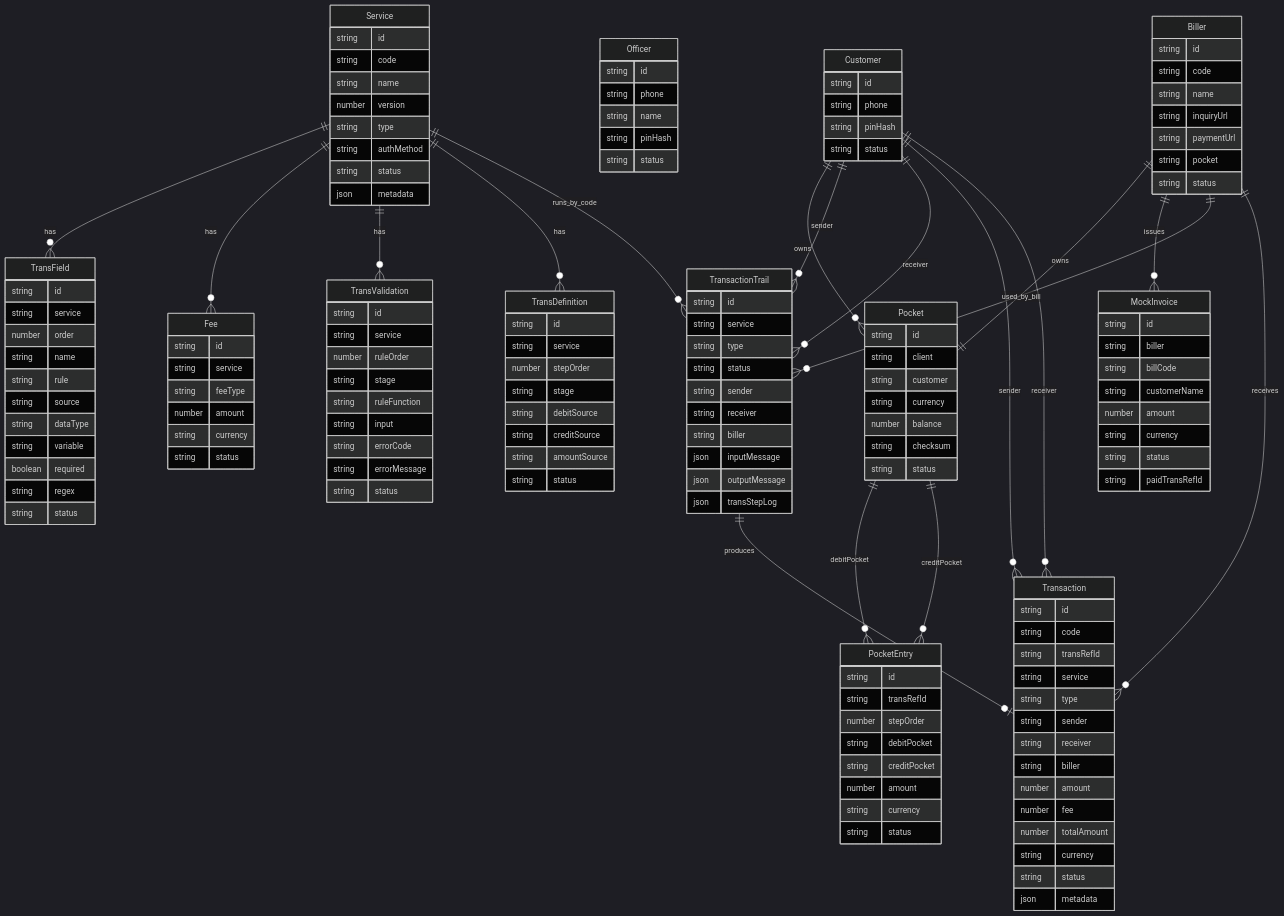
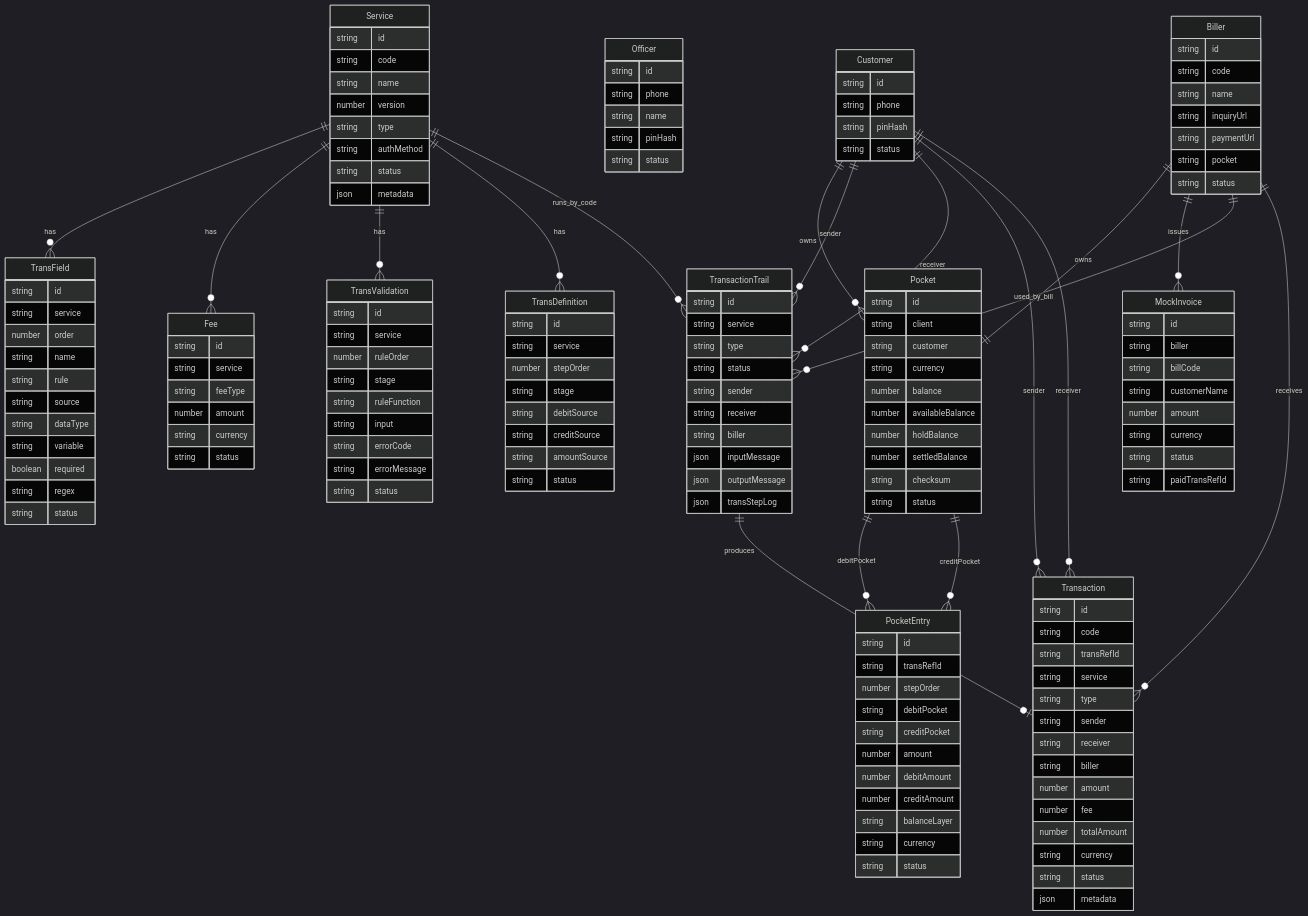
One commit to Lawliet119/Mini-Wallet-Jits changed the diagram in docs/ERD.md. Above: the diagram before and after it, drawn with Mermaid (dark theme). The commit also changed other lines of this file and 12 other files, not shown here.

```diff
--- a/docs/ERD.md
+++ b/docs/ERD.md
@@ -28,6 +28,9 @@
         string customer
         string currency
         number balance
+        number availableBalance
+        number holdBalance
+        number settledBalance
         string checksum
         string status
     }
@@ -39,6 +42,9 @@
         string debitPocket
         string creditPocket
         number amount
+        number debitAmount
+        number creditAmount
+        string balanceLayer
         string currency
         string status
     }
```
